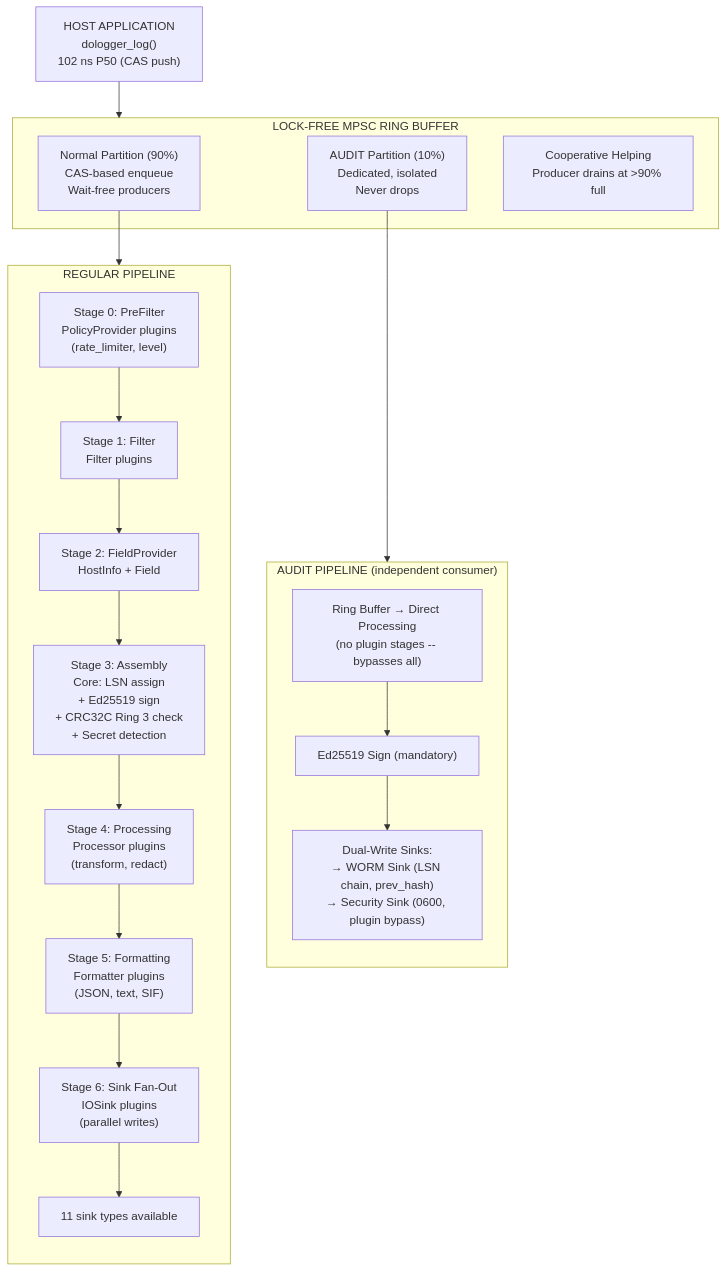
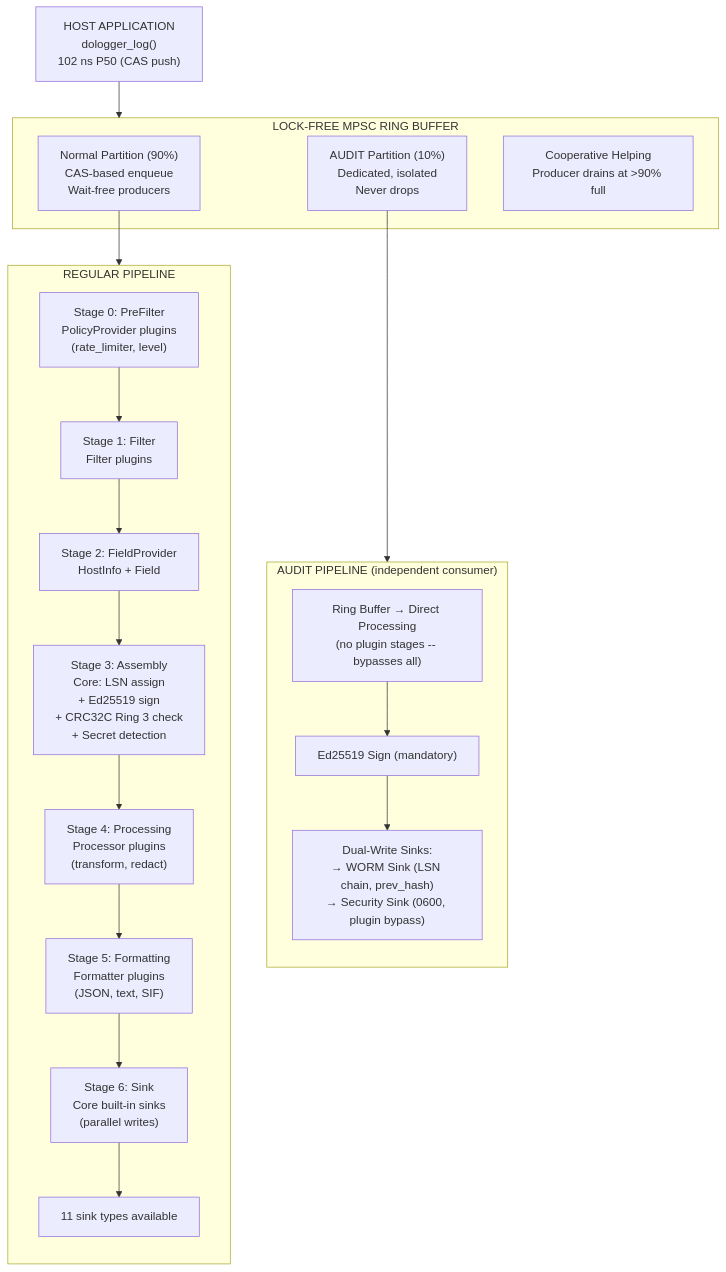
The first of 11 diagrams in Docs/en_US/ArchitectureReference.md (nekolio/DoLogger), drawn with Mermaid before and after one commit. The commit also changed other lines of this file and 20 other files, not shown here.

First line of the commit message:
docs: align with Sink reframe — 9 plugin types, 11 built-in sinks

````diff
--- a/Docs/en_US/ArchitectureReference.md
+++ b/Docs/en_US/ArchitectureReference.md
@@ -60,30 +60,30 @@
 ```mermaid
 flowchart TD
     A["HOST APPLICATION<br/>dologger_log()<br/>102 ns P50 (CAS push)"] --> RB
 
     subgraph RB["LOCK-FREE MPSC RING BUFFER"]
         B1["Normal Partition (90%)<br/>CAS-based enqueue<br/>Wait-free producers"]
         B2["AUDIT Partition (10%)<br/>Dedicated, isolated<br/>Never drops"]
         B3["Cooperative Helping<br/>Producer drains at >90% full"]
     end
 
     B1 --> RP
     B2 --> AP
 
     subgraph RP["REGULAR PIPELINE"]
         direction TB
         C0["Stage 0: PreFilter<br/>PolicyProvider plugins<br/>(rate_limiter, level)"] --> C1["Stage 1: Filter<br/>Filter plugins"]
         C1 --> C2["Stage 2: FieldProvider<br/>HostInfo + Field"]
         C2 --> C3["Stage 3: Assembly<br/>Core: LSN assign<br/>+ Ed25519 sign<br/>+ CRC32C Ring 3 check<br/>+ Secret detection"]
         C3 --> C4["Stage 4: Processing<br/>Processor plugins<br/>(transform, redact)"]
         C4 --> C5["Stage 5: Formatting<br/>Formatter plugins<br/>(JSON, text, SIF)"]
-        C5 --> C6["Stage 6: Sink Fan-Out<br/>IOSink plugins<br/>(parallel writes)"]
+        C5 --> C6["Stage 6: Sink<br/>Core built-in sinks<br/>(parallel writes)"]
         C6 --> C7["11 sink types available"]
     end
 
     subgraph AP["AUDIT PIPELINE (independent consumer)"]
         direction TB
         D1["Ring Buffer → Direct Processing<br/>(no plugin stages -- bypasses all)"] --> D2["Ed25519 Sign (mandatory)"]
         D2 --> D3["Dual-Write Sinks:<br/>→ WORM Sink (LSN chain, prev_hash)<br/>→ Security Sink (0600, plugin bypass)"]
     end
 ```
````
